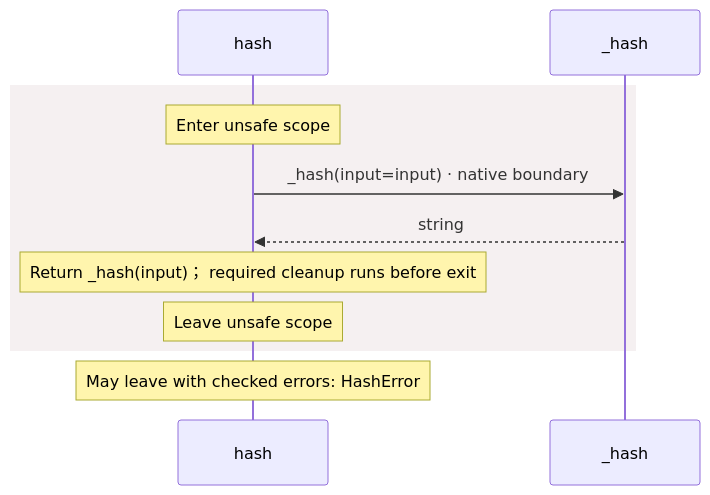
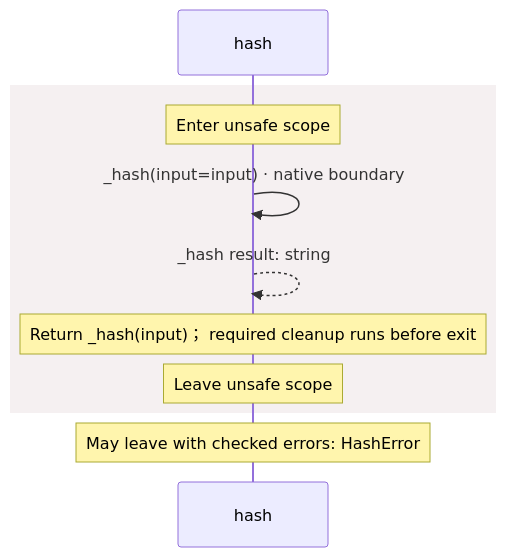
The diagram in docs/examples/native-blake3/dependencies/packages/@greenpandastudios/aug-blake3/0.1.5/api-diagrams.md (GreenPandaStudios/augscript), drawn with Mermaid before and after one commit. The commit also changed other lines of this file and 304 other files, not shown here.

Commit message:
Make generated data-flow sequences concise and review every diagram

````diff
--- a/docs/examples/native-blake3/dependencies/packages/@greenpandastudios/aug-blake3/0.1.5/api-diagrams.md
+++ b/docs/examples/native-blake3/dependencies/packages/@greenpandastudios/aug-blake3/0.1.5/api-diagrams.md
@@ -47,13 +36,13 @@
 ```mermaid
 sequenceDiagram
     participant p0 as hash
-    participant p1 as _hash
+
     rect rgb(245, 240, 241)
     Note over p0: Enter unsafe scope
-    p0->>p1: _hash(input=input) · native boundary
-    p1-->>p0: string
+    p0->>p0: _hash(input=input) · native boundary
+    p0-->>p0: _hash result: string
     Note over p0: Return _hash(input)； required cleanup runs before exit
     Note over p0: Leave unsafe scope
     end
     Note over p0: May leave with checked errors: HashError
 ```
````
